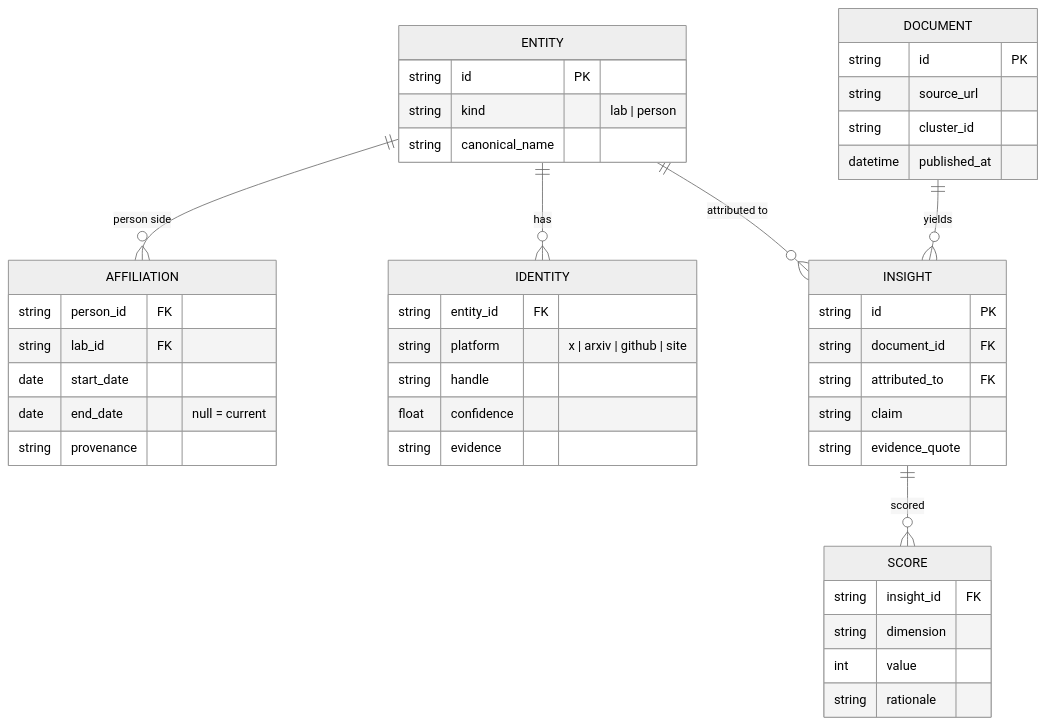
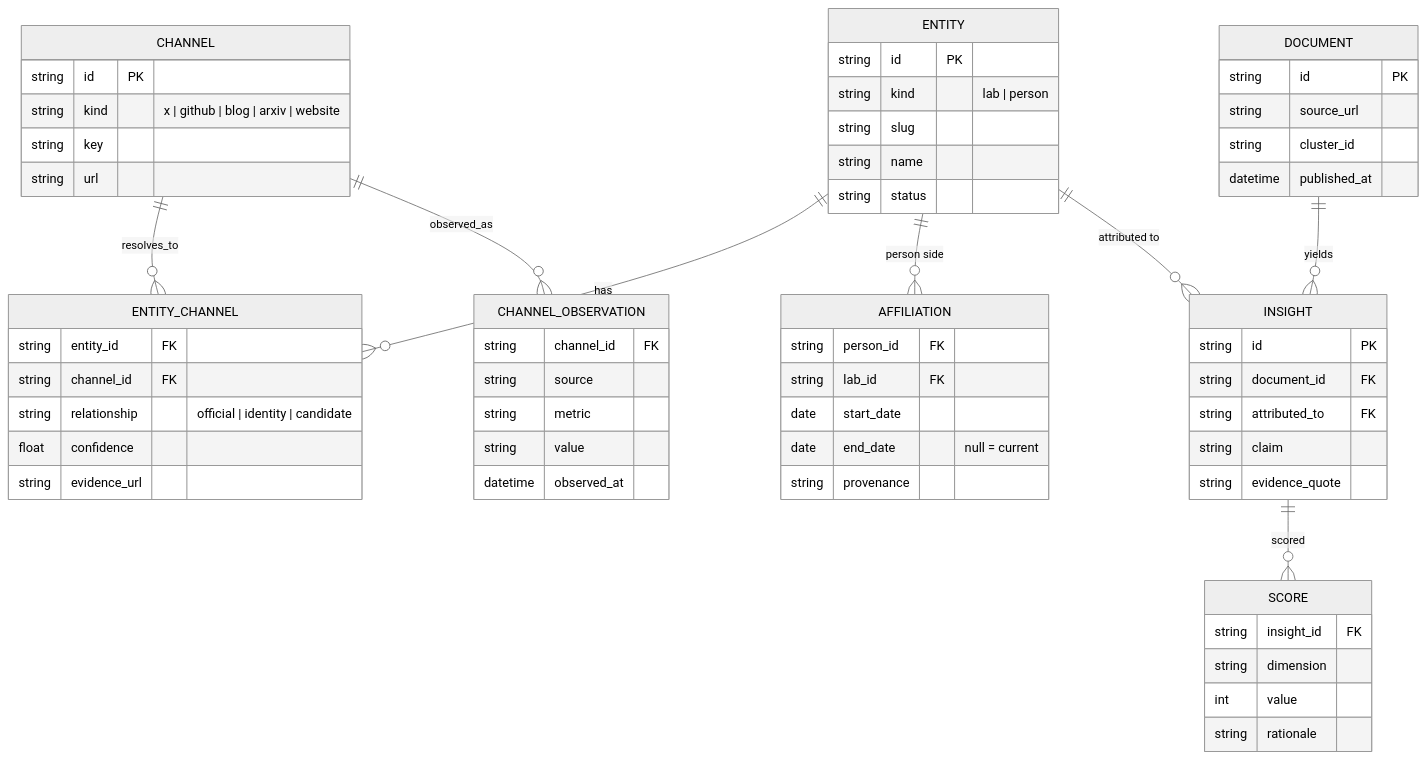
Before and after one commit to AdithyanI/frontier-lab-intelligence: the third of 3 diagrams in docs/architecture/overview.md, drawn with Mermaid (neutral theme). The commit also changed other lines of this file and 22 other files, not shown here.

````diff
--- a/docs/architecture/overview.md
+++ b/docs/architecture/overview.md
@@ -186,47 +181,64 @@
 ```mermaid
 erDiagram
     ENTITY {
         string id PK
         string kind "lab | person"
-        string canonical_name
+        string slug
+        string name
+        string status
+    }
+    CHANNEL {
+        string id PK
+        string kind "x | github | blog | arxiv | website"
+        string key
+        string url
+    }
+    ENTITY_CHANNEL {
+        string entity_id FK
+        string channel_id FK
+        string relationship "official | identity | candidate"
+        float confidence
+        string evidence_url
+    }
+    CHANNEL_OBSERVATION {
+        string channel_id FK
+        string source
+        string metric
+        string value
+        datetime observed_at
     }
     AFFILIATION {
         string person_id FK
         string lab_id FK
         date start_date
         date end_date "null = current"
         string provenance
-    }
-    IDENTITY {
-        string entity_id FK
-        string platform "x | arxiv | github | site"
-        string handle
-        float confidence
-        string evidence
     }
     DOCUMENT {
         string id PK
         string source_url
         string cluster_id
         datetime published_at
     }
     INSIGHT {
         string id PK
         string document_id FK
         string attributed_to FK
         string claim
         string evidence_quote
     }
     SCORE {
         string insight_id FK
         string dimension
         int value
         string rationale
     }
 
+    ENTITY ||--o{ ENTITY_CHANNEL : has
+    CHANNEL ||--o{ ENTITY_CHANNEL : resolves_to
+    CHANNEL ||--o{ CHANNEL_OBSERVATION : observed_as
     ENTITY ||--o{ AFFILIATION : "person side"
-    ENTITY ||--o{ IDENTITY : has
     ENTITY ||--o{ INSIGHT : "attributed to"
     DOCUMENT ||--o{ INSIGHT : yields
     INSIGHT ||--o{ SCORE : scored
 ```
````
